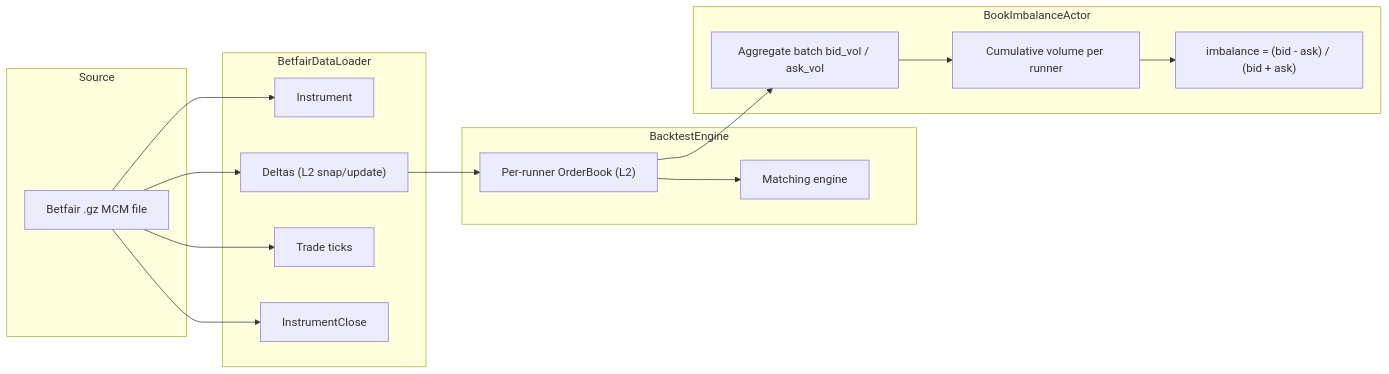
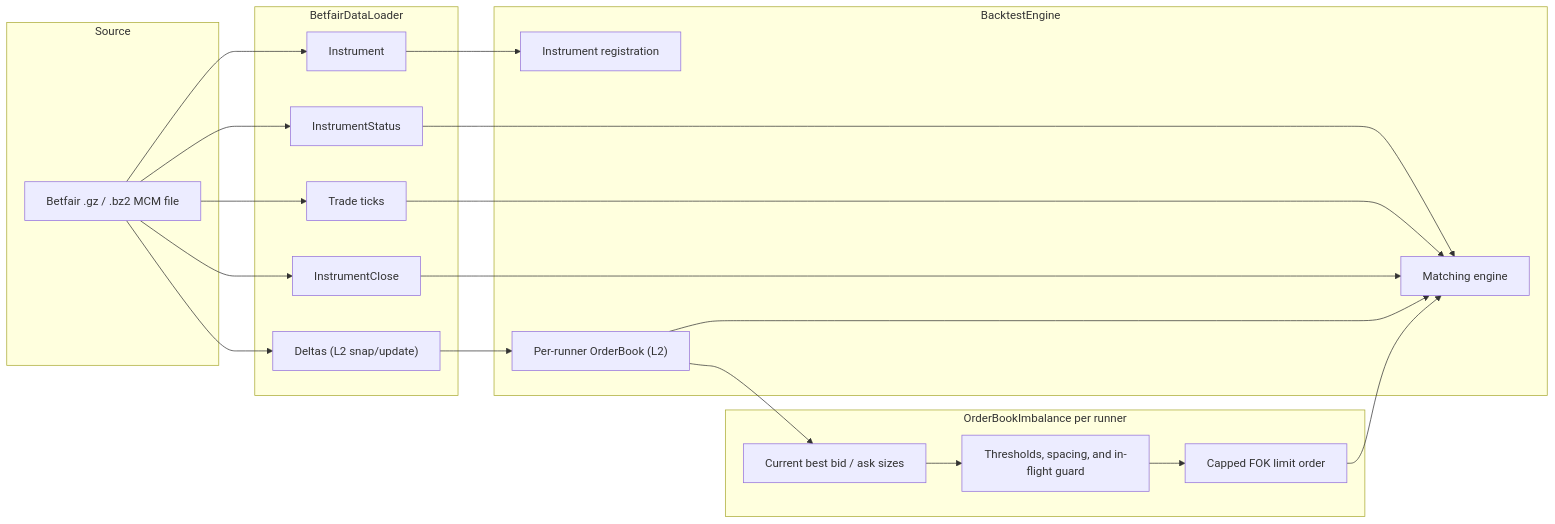
The diagram in docs/tutorials/backtest_book_imbalance_betfair.md (nautechsystems/nautilus_trader), drawn with Mermaid before and after one commit. The commit also changed other lines of this file and 42 other files, not shown here.

First line of the commit message:
Replace book imbalance actor with a shared strategy

````diff
--- a/docs/tutorials/backtest_book_imbalance_betfair.md
+++ b/docs/tutorials/backtest_book_imbalance_betfair.md
@@ -31,33 +26,40 @@
 ```mermaid
 flowchart LR
     subgraph Inputs ["Source"]
-        F["Betfair .gz MCM file"]
+        F["Betfair .gz / .bz2 MCM file"]
     end
 
     subgraph Loader ["BetfairDataLoader"]
         I["Instrument"]
+        ST["InstrumentStatus"]
         DLT["Deltas (L2 snap/update)"]
         TR["Trade ticks"]
         ICL["InstrumentClose"]
     end
 
     subgraph Engine ["BacktestEngine"]
+        REG["Instrument registration"]
         BK["Per-runner OrderBook (L2)"]
         ME["Matching engine"]
     end
 
-    subgraph Actor ["BookImbalanceActor"]
-        AC["Aggregate batch bid_vol / ask_vol"]
-        SUM["Cumulative volume per runner"]
-        IMB["imbalance = (bid - ask) / (bid + ask)"]
+    subgraph Strategy ["OrderBookImbalance per runner"]
+        TOP["Current best bid / ask sizes"]
+        IMB["Thresholds, spacing, and in-flight guard"]
+        ORDER["Capped FOK limit order"]
     end
 
     F --> I
+    F --> ST
     F --> DLT
     F --> TR
     F --> ICL
+    I --> REG
+    ST --> ME
+    TR --> ME
+    ICL --> ME
     DLT --> BK
     BK --> ME
-    BK --> AC
-    AC --> SUM --> IMB
+    BK --> TOP
+    TOP --> IMB --> ORDER --> ME
 ```
````
